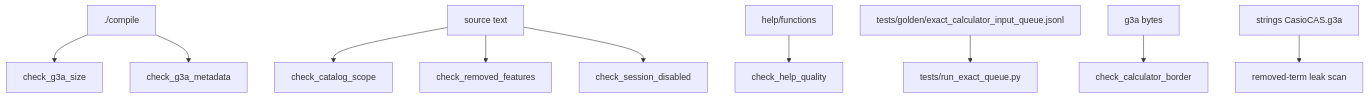
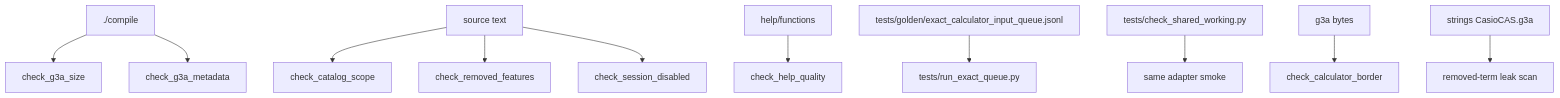
The sixth of 7 diagrams in docs/GRAPH.md (james8464/notes-addin-casio-fx-cg50), drawn with Mermaid before and after one commit. The commit also changed other lines of this file and 9 other files, not shown here.

Commit message:
add shared working adapter

````diff
--- a/docs/GRAPH.md
+++ b/docs/GRAPH.md
@@ -84,12 +87,13 @@
 ```mermaid
 graph TD
   Build["./compile"] --> Size["check_g3a_size"]
   Build --> Meta["check_g3a_metadata"]
   Source["source text"] --> Catalog["check_catalog_scope"]
   Source --> Removed["check_removed_features"]
   Source --> Session["check_session_disabled"]
   Help["help/functions"] --> HelpQ["check_help_quality"]
   Queue["tests/golden/exact_calculator_input_queue.jsonl"] --> Exact["tests/run_exact_queue.py"]
+  Shared["tests/check_shared_working.py"] --> SharedGate["same adapter smoke"]
   UI["g3a bytes"] --> Border["check_calculator_border"]
   Bin["strings CasioCAS.g3a"] --> Leak["removed-term leak scan"]
 ```
````
